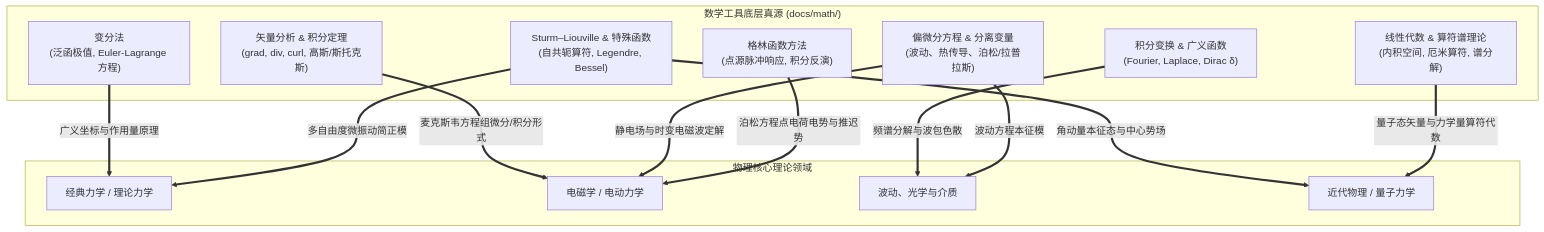
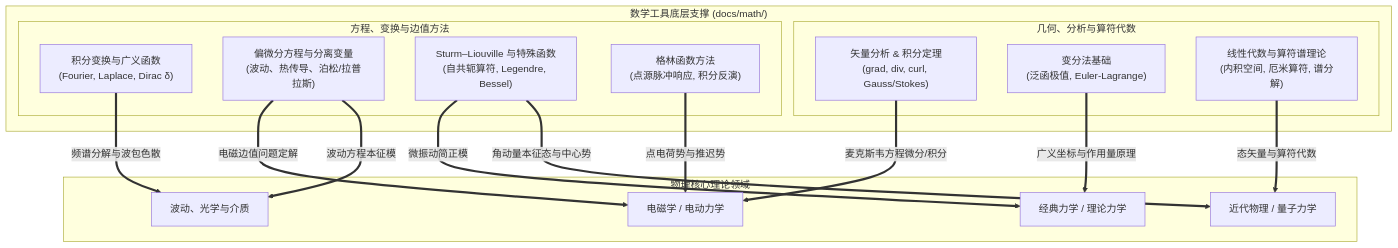
Before and after one commit to Physics-Learning-Wiki/Physics-Learning-Wiki: the diagram in docs/math/index.md, drawn with Mermaid. The commit also changed 3 other files, not shown here.

Commit message:
fix(ui): 重构超宽Mermaid知识图谱结构并增加容器响应式防缩放样式

````diff
--- a/docs/math/index.md
+++ b/docs/math/index.md
@@ -22,29 +22,34 @@
 ```mermaid
 flowchart TD
-    subgraph MathCore ["数学工具底层真源 (docs/math/)"]
-        M1["矢量分析 & 积分定理<br/>(grad, div, curl, 高斯/斯托克斯)"]
-        M2["变分法<br/>(泛函极值, Euler-Lagrange 方程)"]
-        M3["积分变换 & 广义函数<br/>(Fourier, Laplace, Dirac δ)"]
-        M4["偏微分方程 & 分离变量<br/>(波动、热传导、泊松/拉普拉斯)"]
-        M5["Sturm–Liouville & 特殊函数<br/>(自共轭算符, Legendre, Bessel)"]
-        M6["线性代数 & 算符谱理论<br/>(内积空间, 厄米算符, 谱分解)"]
-        M7["格林函数方法<br/>(点源脉冲响应, 积分反演)"]
+    subgraph MathCore ["数学工具底层支撑 (docs/math/)"]
+        subgraph Col1 ["几何、分析与算符代数"]
+            M1["矢量分析 & 积分定理<br/>(grad, div, curl, Gauss/Stokes)"]
+            M2["变分法基础<br/>(泛函极值, Euler-Lagrange)"]
+            M6["线性代数与算符谱理论<br/>(内积空间, 厄米算符, 谱分解)"]
+        end
+
+        subgraph Col2 ["方程、变换与边值方法"]
+            M3["积分变换与广义函数<br/>(Fourier, Laplace, Dirac δ)"]
+            M4["偏微分方程与分离变量<br/>(波动、热传导、泊松/拉普拉斯)"]
+            M5["Sturm–Liouville 与特殊函数<br/>(自共轭算符, Legendre, Bessel)"]
+            M7["格林函数方法<br/>(点源脉冲响应, 积分反演)"]
+        end
     end
 
     subgraph PhysicsCore ["物理核心理论领域"]
         P1["经典力学 / 理论力学"]
         P2["电磁学 / 电动力学"]
         P3["波动、光学与介质"]
         P4["近代物理 / 量子力学"]
     end
 
     M2 ==>|"广义坐标与作用量原理"| P1
-    M5 ==>|"多自由度微振动简正模"| P1
-    M1 ==>|"麦克斯韦方程组微分/积分形式"| P2
-    M4 ==>|"静电场与时变电磁波定解"| P2
-    M7 ==>|"泊松方程点电荷电势与推迟势"| P2
+    M5 ==>|"微振动简正模"| P1
+    M1 ==>|"麦克斯韦方程微分/积分"| P2
+    M4 ==>|"电磁边值问题定解"| P2
+    M7 ==>|"点电荷势与推迟势"| P2
     M3 ==>|"频谱分解与波包色散"| P3
     M4 ==>|"波动方程本征模"| P3
-    M5 ==>|"角动量本征态与中心势场"| P4
-    M6 ==>|"量子态矢量与力学量算符代数"| P4
+    M5 ==>|"角动量本征态与中心势"| P4
+    M6 ==>|"态矢量与算符代数"| P4
 ```
````
